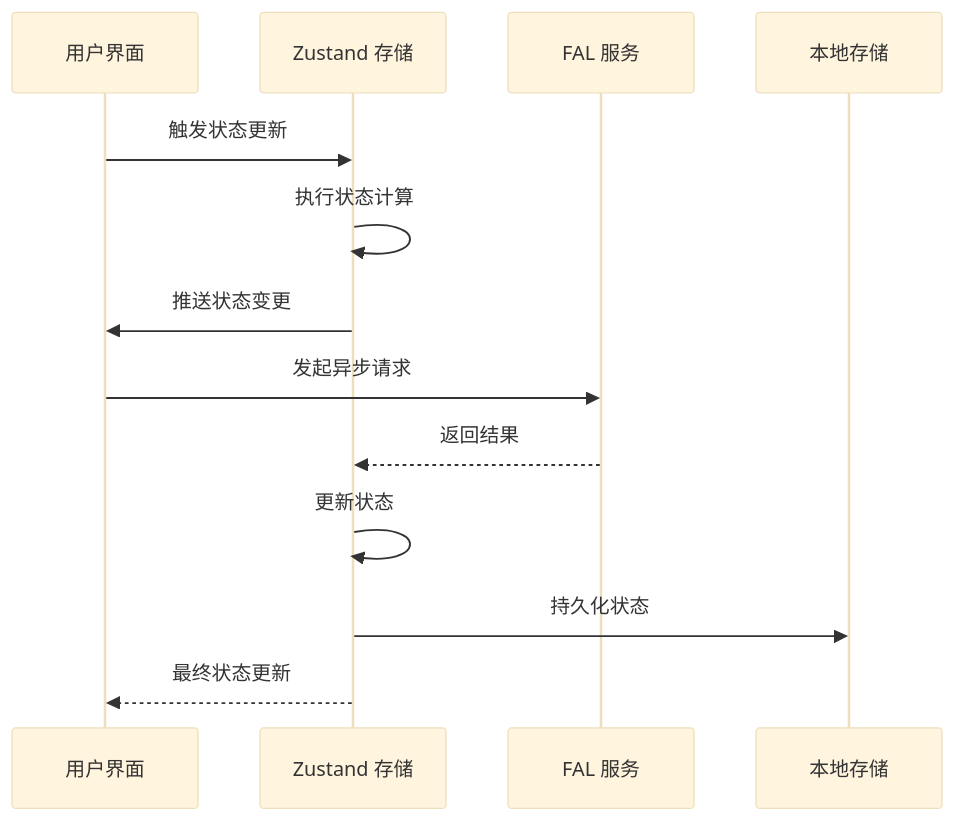
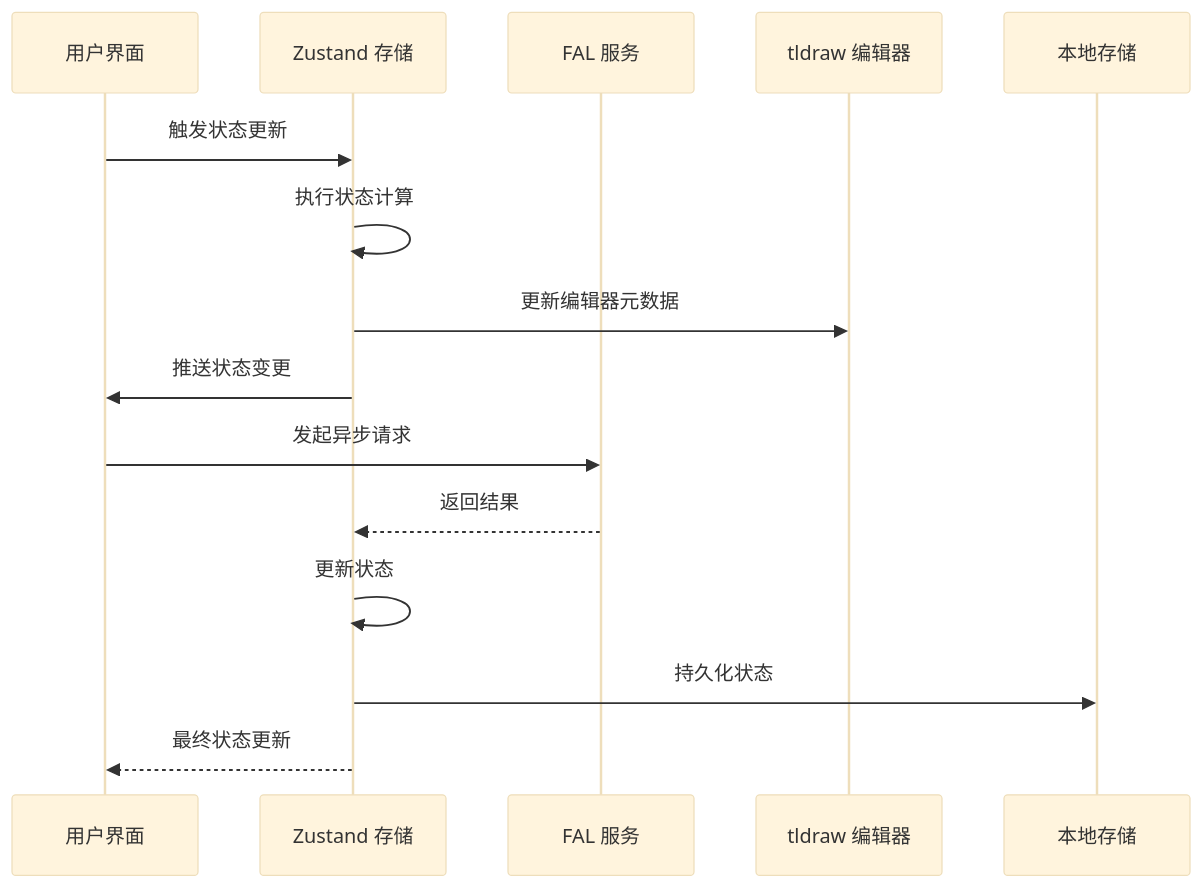
Before and after one commit to billye220670/BananaFlow2: the fourth of 19 diagrams in .qoder/repowiki/zh/content/状态管理系统.md, drawn with Mermaid (base theme). The commit also changed other lines of this file and 10 other files, not shown here.

````diff
--- a/.qoder/repowiki/zh/content/状态管理系统.md
+++ b/.qoder/repowiki/zh/content/状态管理系统.md
@@ -192,15 +244,17 @@
 ```mermaid
 sequenceDiagram
 participant UI as 用户界面
 participant Store as Zustand 存储
 participant FAL as FAL 服务
+participant Tldraw as tldraw 编辑器
 participant LocalStorage as 本地存储
 UI->>Store : 触发状态更新
 Store->>Store : 执行状态计算
+Store->>Tldraw : 更新编辑器元数据
 Store->>UI : 推送状态变更
 UI->>FAL : 发起异步请求
 FAL-->>Store : 返回结果
 Store->>Store : 更新状态
 Store->>LocalStorage : 持久化状态
 Store-->>UI : 最终状态更新
 ```
````
